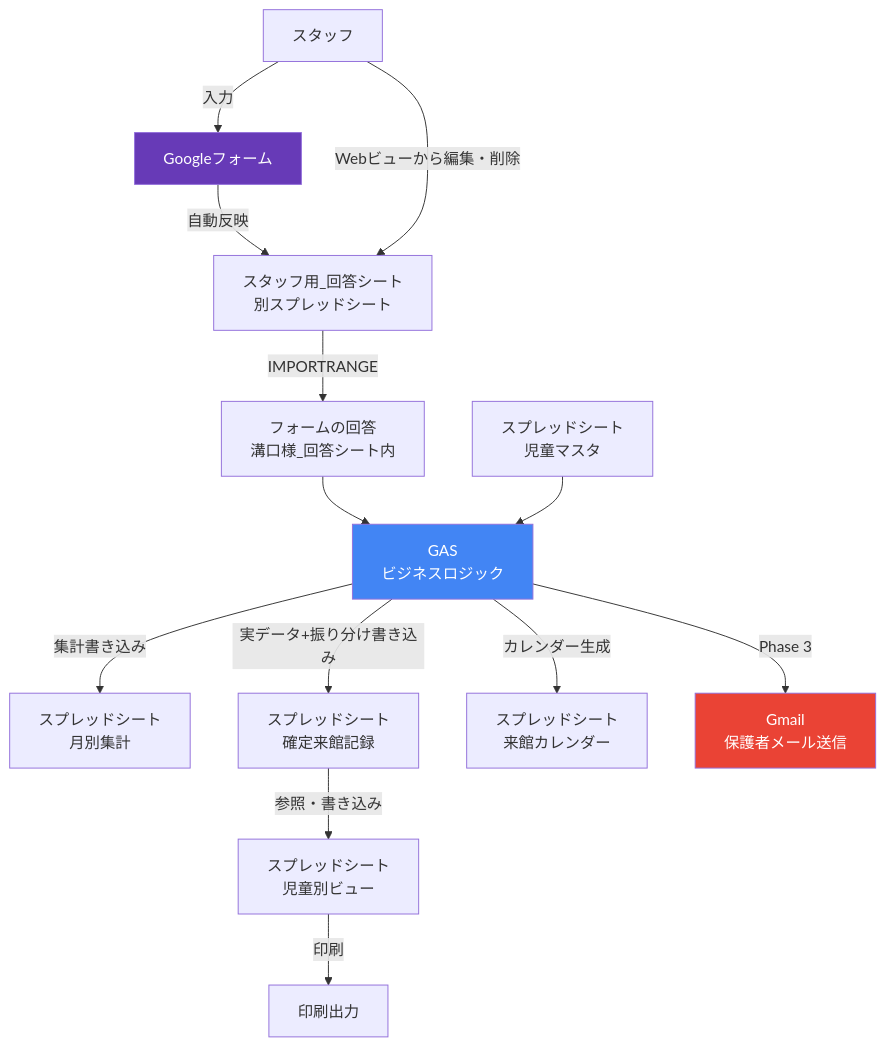
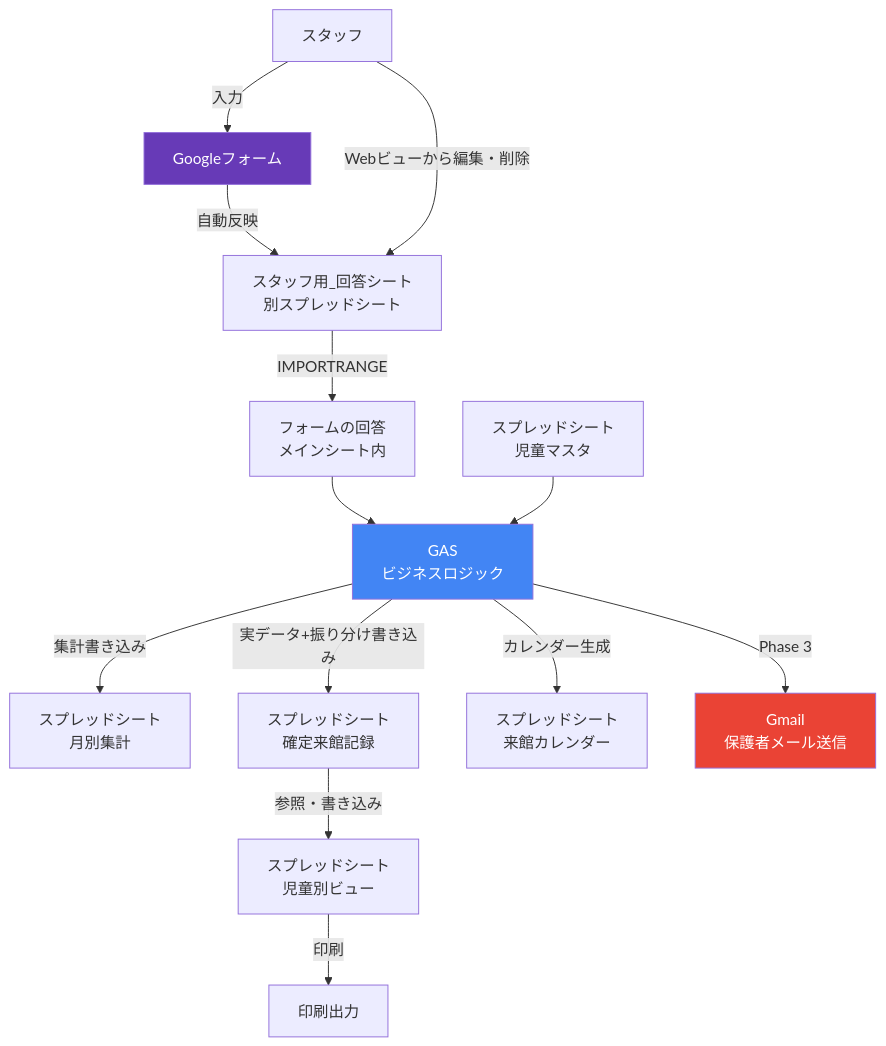
One commit to Tatetsu/oen-yorimado changed the first of 4 diagrams in docs/architecture.md. Above: the diagram before and after it, drawn with Mermaid. The commit also changed 3 other files, not shown here.

````diff
--- a/docs/architecture.md
+++ b/docs/architecture.md
@@ -5,24 +5,24 @@
 ```mermaid
 graph TD
     A[スタッフ] -->|入力| B[Googleフォーム]
     B -->|自動反映| C[スタッフ用_回答シート<br/>別スプレッドシート]
     A -->|Webビューから編集・削除| C
 
-    C -->|IMPORTRANGE| C2[フォームの回答<br/>溝口様_回答シート内]
+    C -->|IMPORTRANGE| C2[フォームの回答<br/>メインシート内]
 
     C2 --> D[GAS<br/>ビジネスロジック]
     E[スプレッドシート<br/>児童マスタ] --> D
 
     D -->|集計書き込み| F[スプレッドシート<br/>月別集計]
     D -->|実データ+振り分け書き込み| H[スプレッドシート<br/>確定来館記録]
     D -->|カレンダー生成| H2[スプレッドシート<br/>来館カレンダー]
     H -->|参照・書き込み| I[スプレッドシート<br/>児童別ビュー]
 
     I -->|印刷| J[印刷出力]
 
     D -->|Phase 3| K[Gmail<br/>保護者メール送信]
 
     style D fill:#4285F4,color:#fff
     style B fill:#673AB7,color:#fff
     style K fill:#EA4335,color:#fff
 ```
````
